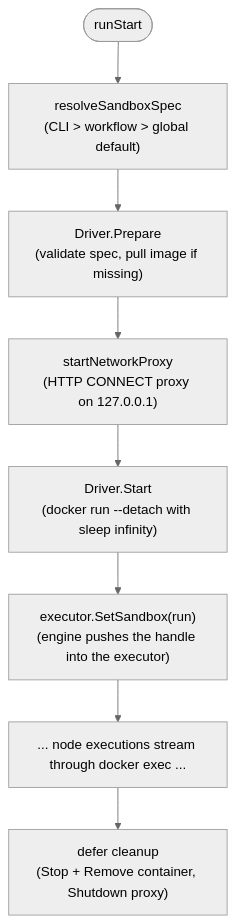
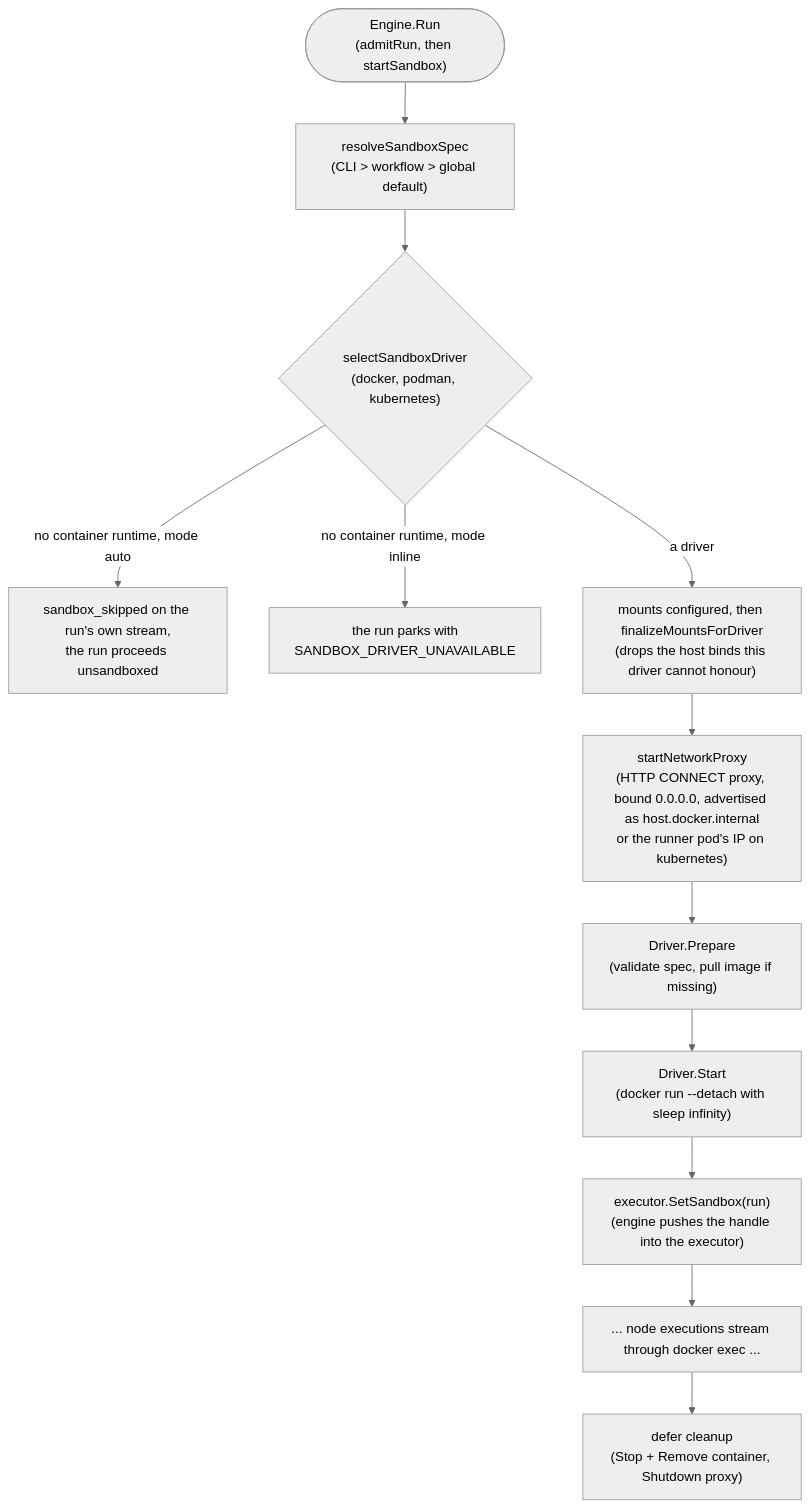
One commit to SocialGouv/iterion changed the diagram in docs/sandbox.md. Above: the diagram before and after it, drawn with Mermaid (neutral theme). The commit also changed other lines of this file and 3 other files, not shown here.

First line of the commit message:
docs: align 4 pages with the code the memory-knowledge and sandbox-isolation flows were drawn from

````diff
--- a/docs/sandbox.md
+++ b/docs/sandbox.md
@@ -96,19 +99,27 @@
 ```mermaid
 flowchart TD
-  START(["runStart"])
+  START(["Engine.Run<br/>(admitRun, then startSandbox)"])
   RESOLVE["resolveSandboxSpec<br/>(CLI &gt; workflow &gt; global default)"]
+  SELECT{"selectSandboxDriver<br/>(docker, podman, kubernetes)"}
+  DEGRADE["sandbox_skipped on the run's own stream,<br/>the run proceeds unsandboxed"]
+  REFUSE["the run parks with<br/>SANDBOX_DRIVER_UNAVAILABLE"]
+  MOUNTS["mounts configured, then finalizeMountsForDriver<br/>(drops the host binds this driver cannot honour)"]
+  PROXY["startNetworkProxy<br/>(HTTP CONNECT proxy, bound 0.0.0.0, advertised as host.docker.internal<br/>or the runner pod's IP on kubernetes)"]
   PREPARE["Driver.Prepare<br/>(validate spec, pull image if missing)"]
-  PROXY["startNetworkProxy<br/>(HTTP CONNECT proxy on 127.0.0.1)"]
   DSTART["Driver.Start<br/>(docker run --detach with sleep infinity)"]
   SETSBX["executor.SetSandbox(run)<br/>(engine pushes the handle into the executor)"]
   EXEC["... node executions stream through docker exec ..."]
   CLEANUP["defer cleanup<br/>(Stop + Remove container, Shutdown proxy)"]
 
   START --> RESOLVE
-  RESOLVE --> PREPARE
-  PREPARE --> PROXY
-  PROXY --> DSTART
+  RESOLVE --> SELECT
+  SELECT -- "no container runtime, mode auto" --> DEGRADE
+  SELECT -- "no container runtime, mode inline" --> REFUSE
+  SELECT -- "a driver" --> MOUNTS
+  MOUNTS --> PROXY
+  PROXY --> PREPARE
+  PREPARE --> DSTART
   DSTART --> SETSBX
   SETSBX --> EXEC
   EXEC --> CLEANUP
 ```
````
